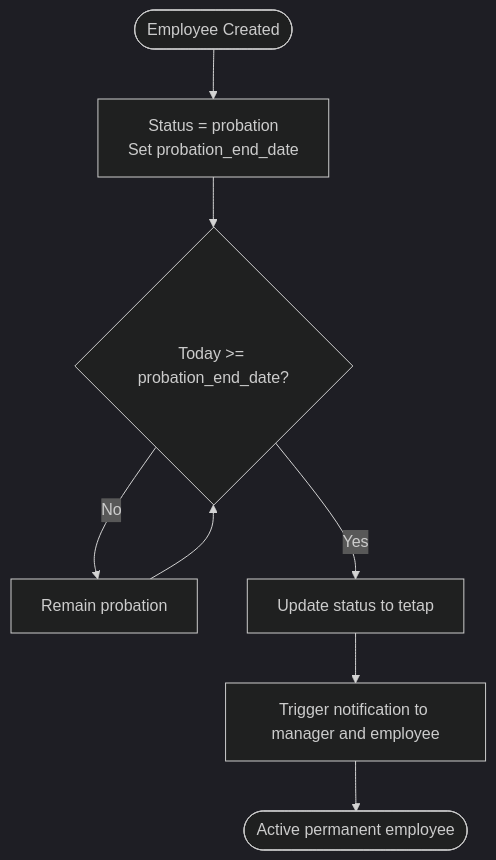
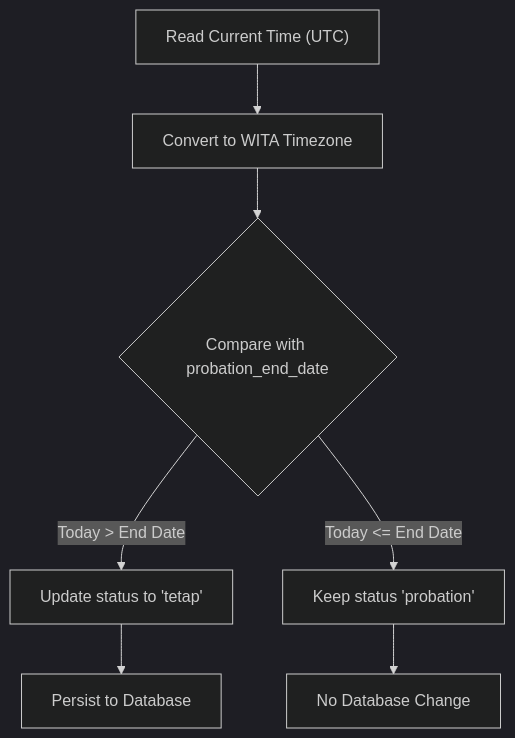
One commit to epo33m/scheduling changed the fourth of 9 diagrams in .qoder/repowiki/en/content/Product Requirements Document/Functional Specifications/Employee Management Module (F2).md. Above: the diagram before and after it, drawn with Mermaid (dark theme). The commit also changed other lines of this file and 2 other files, not shown here.

````diff
--- a/.qoder/repowiki/en/content/Product Requirements Document/Functional Specifications/Employee Management Module (F2).md
+++ b/.qoder/repowiki/en/content/Product Requirements Document/Functional Specifications/Employee Management Module (F2).md
@@ -125,10 +190,9 @@
 ```mermaid
 flowchart TD
-Start(["Employee Created"]) --> Probation["Status = probation<br/>Set probation_end_date"]
-Probation --> CheckDate{"Today >= probation_end_date?"}
-CheckDate --> |No| Wait["Remain probation"]
-CheckDate --> |Yes| Transition["Update status to tetap"]
-Transition --> Notify["Trigger notification to manager and employee"]
-Notify --> End(["Active permanent employee"])
-Wait --> CheckDate
+ReadNow["Read Current Time (UTC)"] --> ConvertWITA["Convert to WITA Timezone"]
+ConvertWITA --> CompareDate{"Compare with probation_end_date"}
+CompareDate --> |Today > End Date| Advance["Update status to 'tetap'"]
+CompareDate --> |Today <= End Date| StayProbation["Keep status 'probation'"]
+Advance --> Persist["Persist to Database"]
+StayProbation --> NoChange["No Database Change"]
 ```
````
